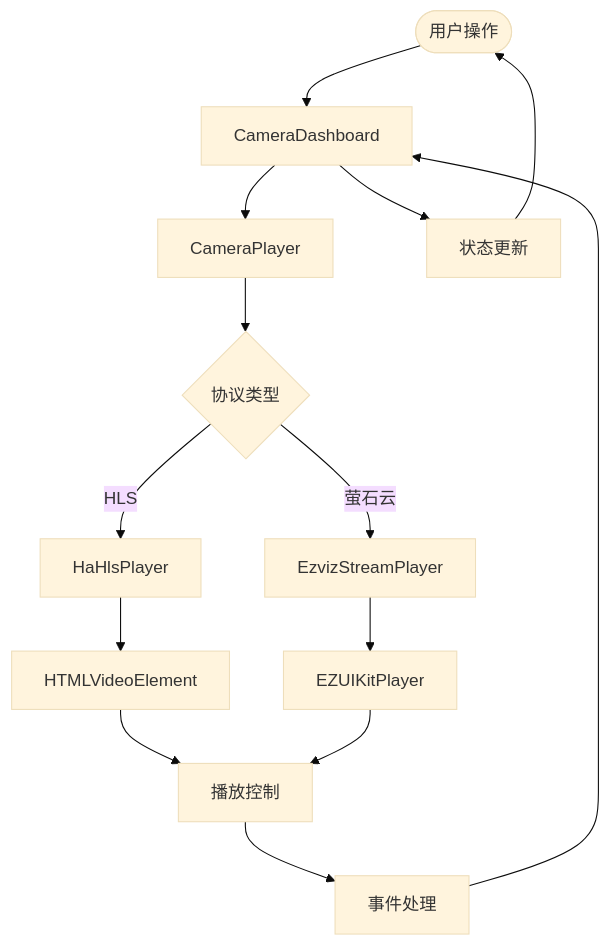
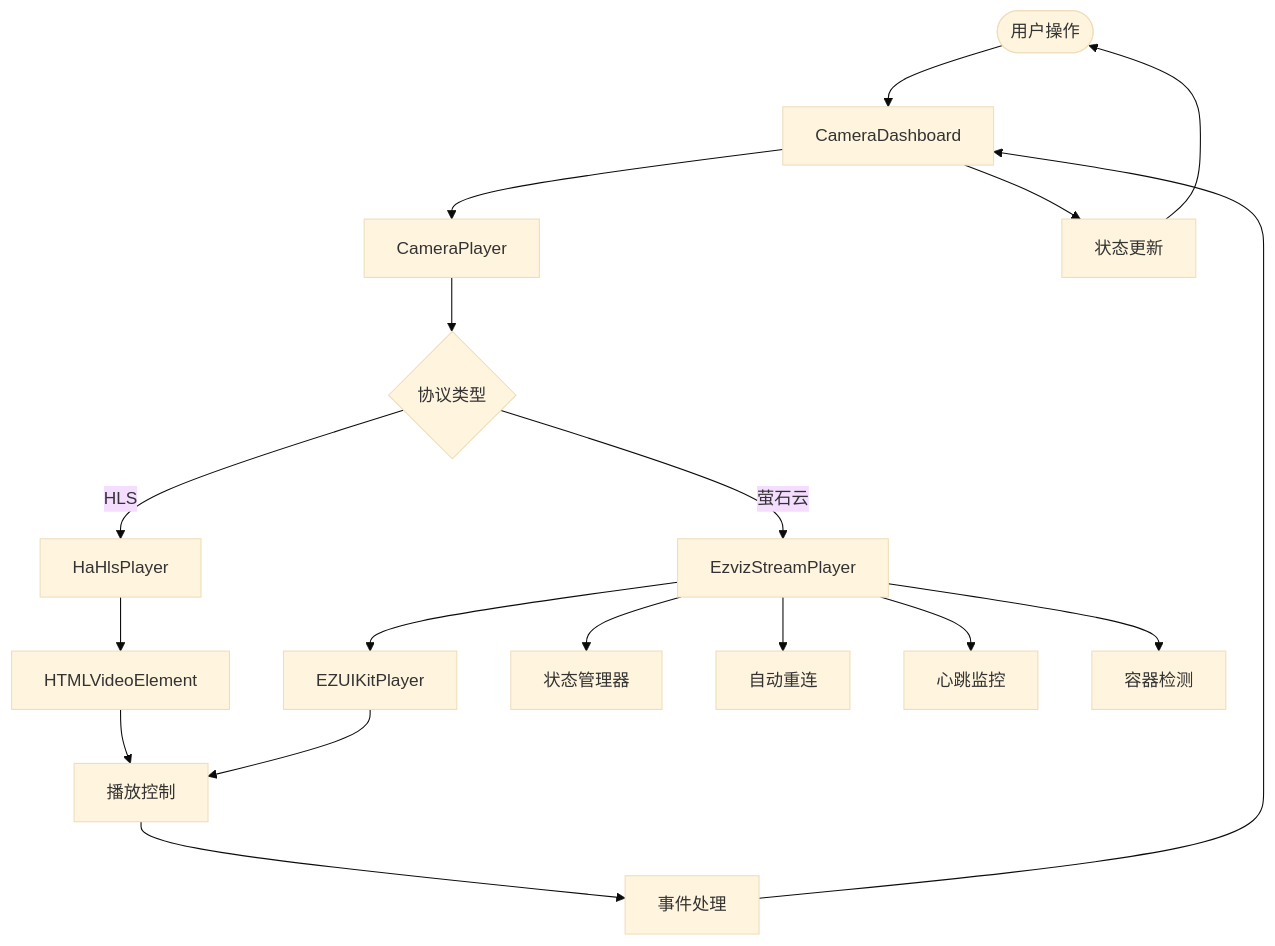
One commit to skyeyinkun/HAUI changed the second of 15 diagrams in .qoder/repowiki/zh/content/摄像头监控系统/视频播放器实现.md. Above: the diagram before and after it, drawn with Mermaid (base theme). The commit also changed other lines of this file and 23 other files, not shown here.

````diff
--- a/.qoder/repowiki/zh/content/摄像头监控系统/视频播放器实现.md
+++ b/.qoder/repowiki/zh/content/摄像头监控系统/视频播放器实现.md
@@ -96,16 +107,20 @@
 ```mermaid
 flowchart TD
 Start([用户操作]) --> Dashboard[CameraDashboard]
 Dashboard --> Player[CameraPlayer]
 Player --> TypeCheck{协议类型}
 TypeCheck --> |HLS| HaHls[HaHlsPlayer]
 TypeCheck --> |萤石云| Ezviz[EzvizStreamPlayer]
 HaHls --> Video[HTMLVideoElement]
 Ezviz --> EZUIKit[EZUIKitPlayer]
+Ezviz --> StateManager[状态管理器]
+Ezviz --> Reconnect[自动重连]
+Ezviz --> Heartbeat[心跳监控]
+Ezviz --> ResizeObserver[容器检测]
 Video --> Controls[播放控制]
 EZUIKit --> Controls
 Controls --> Events[事件处理]
 Events --> Dashboard
 Dashboard --> State[状态更新]
 State --> Start
 ```
````
